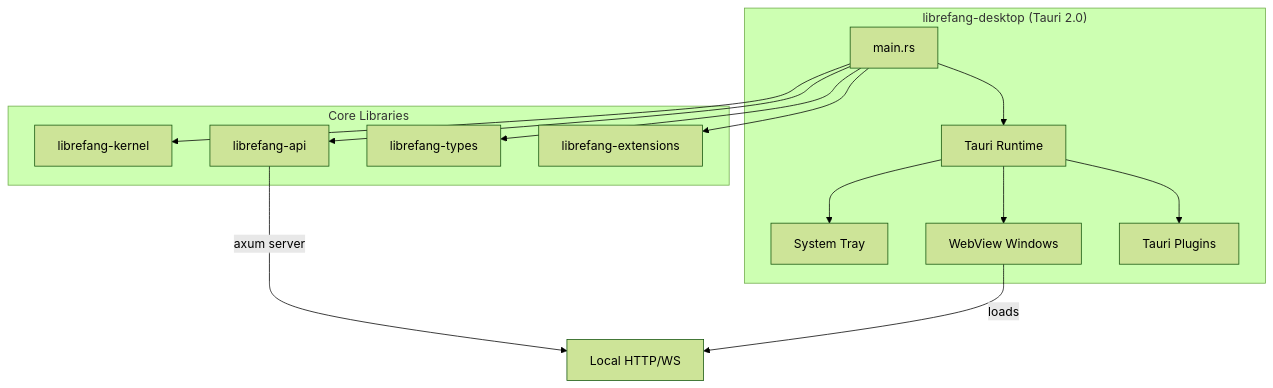
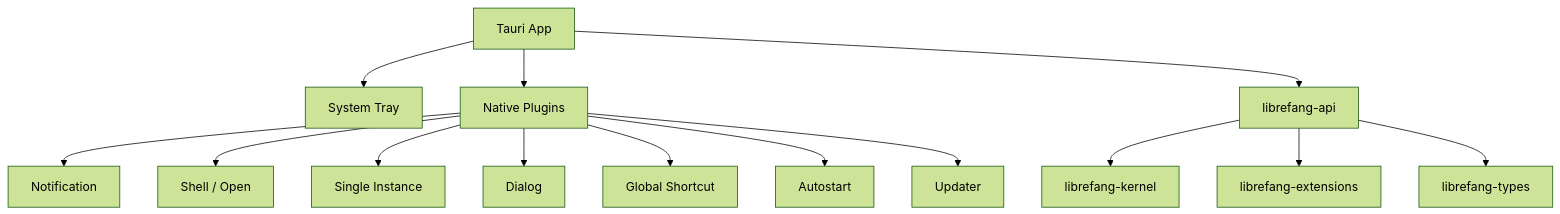
Before and after one commit to leszek3737/librefang-WIki: the diagram in other-librefang-desktop.md, drawn with Mermaid (forest theme). The commit also changed other lines of this file and 93 other files, not shown here.

````diff
--- a/other-librefang-desktop.md
+++ b/other-librefang-desktop.md
@@ -9,23 +22,16 @@
 ```mermaid
 graph TD
-    subgraph "librefang-desktop (Tauri 2.0)"
-        A[main.rs] --> B[Tauri Runtime]
-        B --> C[System Tray]
-        B --> D[WebView Windows]
-        B --> E[Tauri Plugins]
-    end
-
-    subgraph "Core Libraries"
-        F[librefang-kernel]
-        G[librefang-api]
-        H[librefang-types]
-        I[librefang-extensions]
-    end
-
-    A --> F
-    A --> G
-    A --> H
-    A --> I
-    G -->|axum server| J[Local HTTP/WS]
-    D -->|loads| J
+    A[Tauri App] --> B[System Tray]
+    A --> C[Native Plugins]
+    C --> D[Notification]
+    C --> E[Shell / Open]
+    C --> F[Single Instance]
+    C --> G[Dialog]
+    C --> H[Global Shortcut]
+    C --> I[Autostart]
+    C --> J[Updater]
+    A --> K[librefang-api]
+    K --> L[librefang-kernel]
+    K --> M[librefang-extensions]
+    K --> N[librefang-types]
 ```
````
